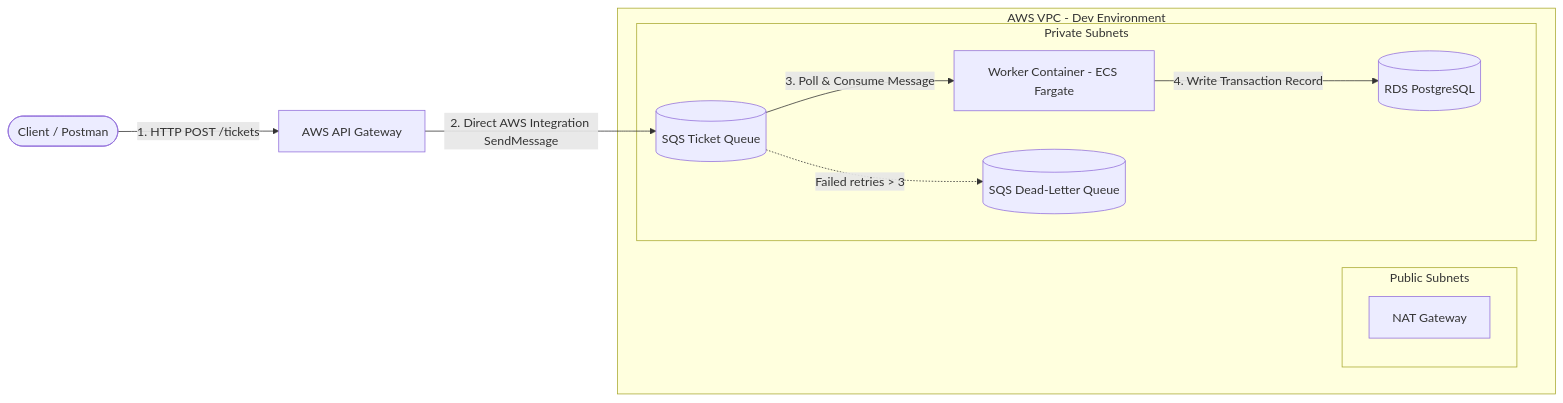
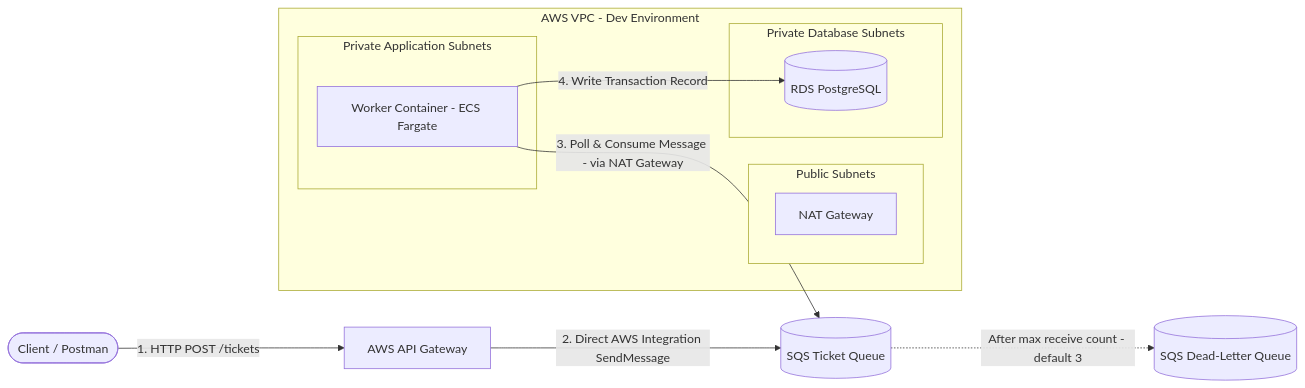
The diagram in README.md (Aaron-joyce/event-driven-ticketing), drawn with Mermaid before and after one commit. The commit also changed other lines of this file, not shown here.

````diff
--- a/README.md
+++ b/README.md
@@ -9,21 +12,19 @@
 ```mermaid
 flowchart LR
     Client([Client / Postman]) -->|1. HTTP POST /tickets| APIGW[AWS API Gateway]
+    APIGW -->|2. Direct AWS Integration SendMessage| SQS[(SQS Ticket Queue)]
+    SQS -.->|After max receive count - default 3| DLQ[(SQS Dead-Letter Queue)]
     subgraph VPC [AWS VPC - Dev Environment]
         subgraph PublicSubnets [Public Subnets]
             NAT[NAT Gateway]
         end
-        
-        subgraph PrivateSubnets [Private Subnets]
+        subgraph PrivateAppSubnets [Private Application Subnets]
             Worker[Worker Container - ECS Fargate]
-            SQS[(SQS Ticket Queue)]
-            DLQ[(SQS Dead-Letter Queue)]
+        end
+        subgraph PrivateDBSubnets [Private Database Subnets]
             RDS[(RDS PostgreSQL)]
         end
     end
-    
-    APIGW -->|2. Direct AWS Integration SendMessage| SQS
-    SQS -->|3. Poll & Consume Message| Worker
+    Worker -->|3. Poll & Consume Message - via NAT Gateway| SQS
     Worker -->|4. Write Transaction Record| RDS
-    SQS -.->|Failed retries > 3| DLQ
 ```
````
